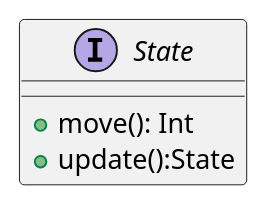
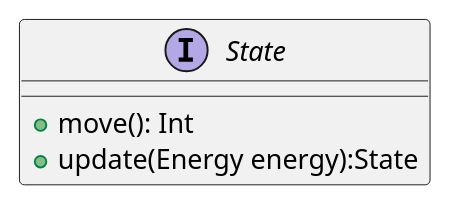
One commit to PabloGCH/tp2-algo3 changed the diagram in diagrams/classes/State/State.puml. Above: the diagram before and after it, drawn with PlantUML. The commit also changed 13 other files, not shown here.

```diff
--- a/diagrams/classes/State/State.puml
+++ b/diagrams/classes/State/State.puml
@@ -1,6 +1,6 @@
 @startuml
 interface State {
     +move(): Int
-    +update():State
+    +update(Energy energy):State
 }
 @enduml
```
